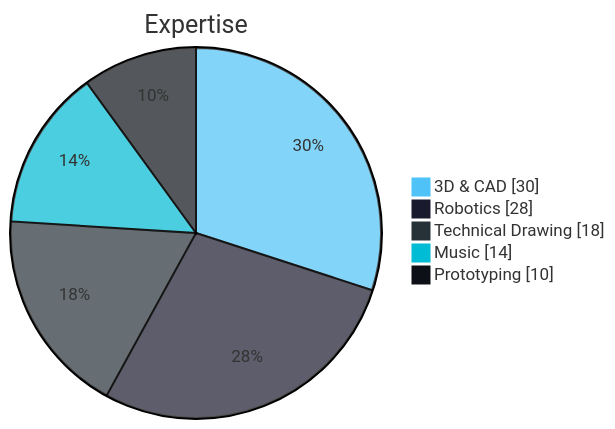
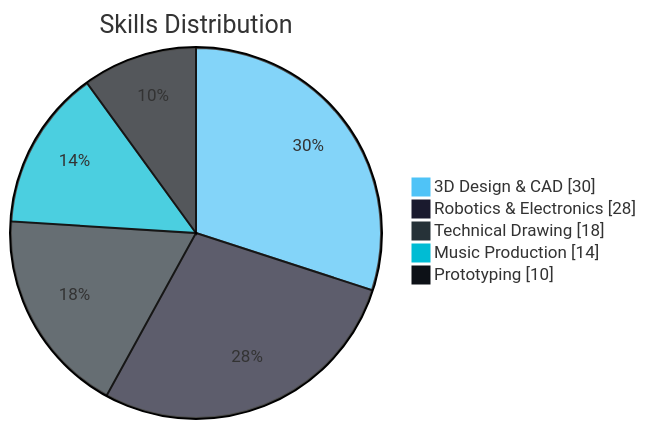
One commit to nasblor/nasblor changed the second of 3 diagrams in readme.md. Above: the diagram before and after it, drawn with Mermaid. The commit also changed other lines of this file, not shown here.

````diff
--- a/readme.md
+++ b/readme.md
@@ -68,10 +66,10 @@
 ```mermaid
 %%{init: {'theme': 'base', 'themeVariables': { 'pie1': '#4FC3F7', 'pie2': '#1a1a2e', 'pie3': '#263238', 'pie4': '#00BCD4', 'pie5': '#0D1117'}}}%%
 pie showData
-    title Expertise
-    "3D & CAD" : 30
-    "Robotics" : 28
+    title Skills Distribution
+    "3D Design & CAD" : 30
+    "Robotics & Electronics" : 28
     "Technical Drawing" : 18
-    "Music" : 14
+    "Music Production" : 14
     "Prototyping" : 10
 ```
````
